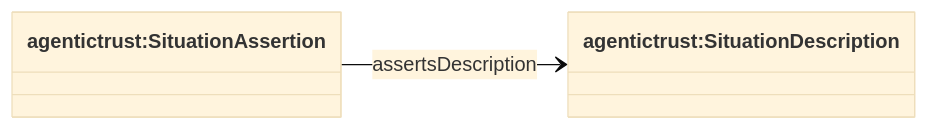
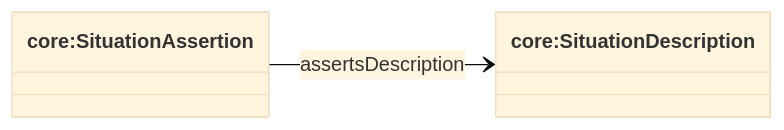
Before and after one commit to Agentic-Trust-Layer/agent-explorer: the third of 4 diagrams in docs/ontology/description.md, drawn with Mermaid (base theme). The commit also changed other lines of this file and 49 other files, not shown here.

````diff
--- a/docs/ontology/description.md
+++ b/docs/ontology/description.md
@@ -71,9 +71,9 @@
 ```mermaid
 classDiagram
 direction LR
 
-class SituationAssertion["agentictrust:SituationAssertion"]
-class SituationDescription["agentictrust:SituationDescription"]
+class SituationAssertion["core:SituationAssertion"]
+class SituationDescription["core:SituationDescription"]
 
 SituationAssertion --> SituationDescription : assertsDescription
 ```
````
